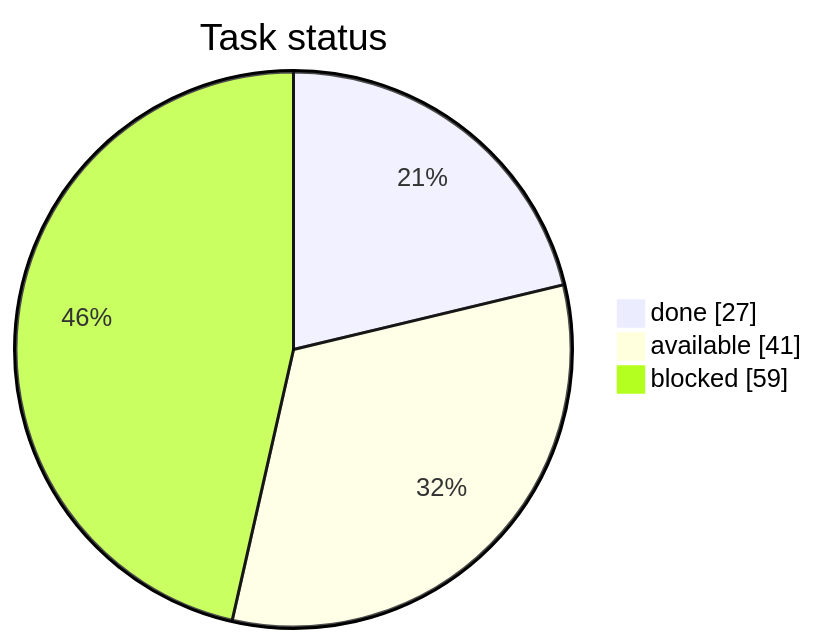
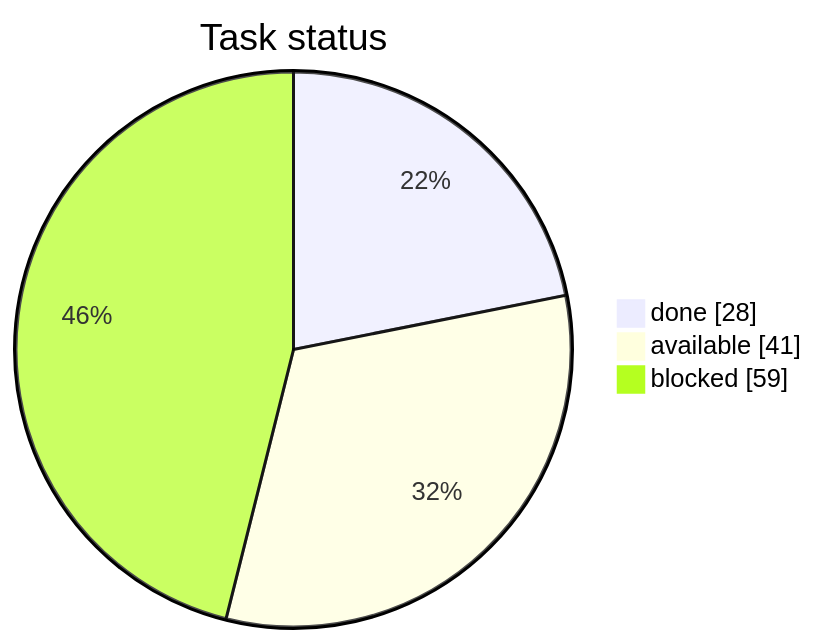
One commit to artemiiShabanov/RallyRivals changed the first of 3 diagrams in STATUS.md. Above: the diagram before and after it, drawn with Mermaid. The commit also changed other lines of this file and 14 other files, not shown here.

````diff
--- a/STATUS.md
+++ b/STATUS.md
@@ -7,7 +7,7 @@
 ```mermaid
 pie showData
     title Task status
-    "done" : 27
+    "done" : 28
     "available" : 41
     "blocked" : 59
 ```
````
